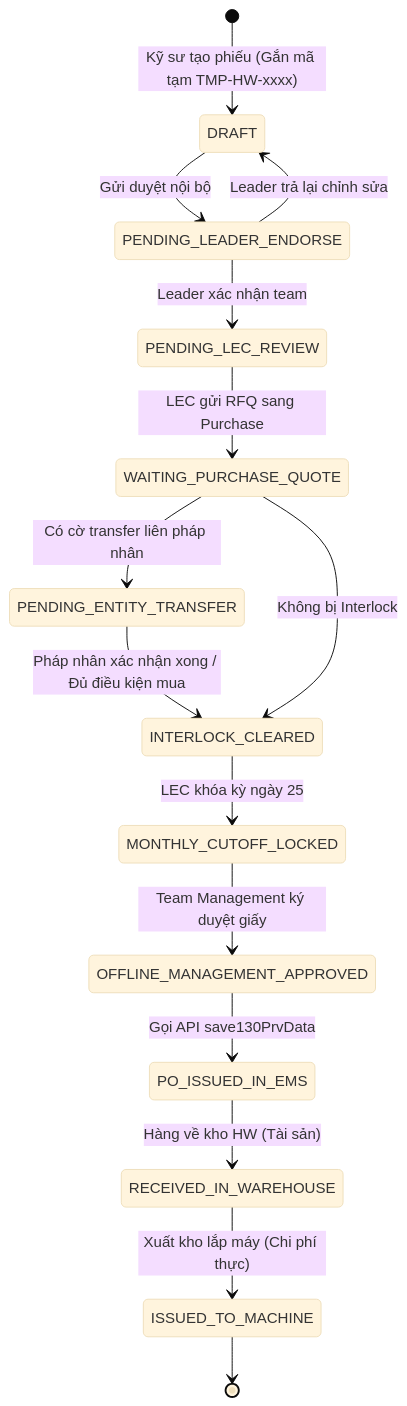
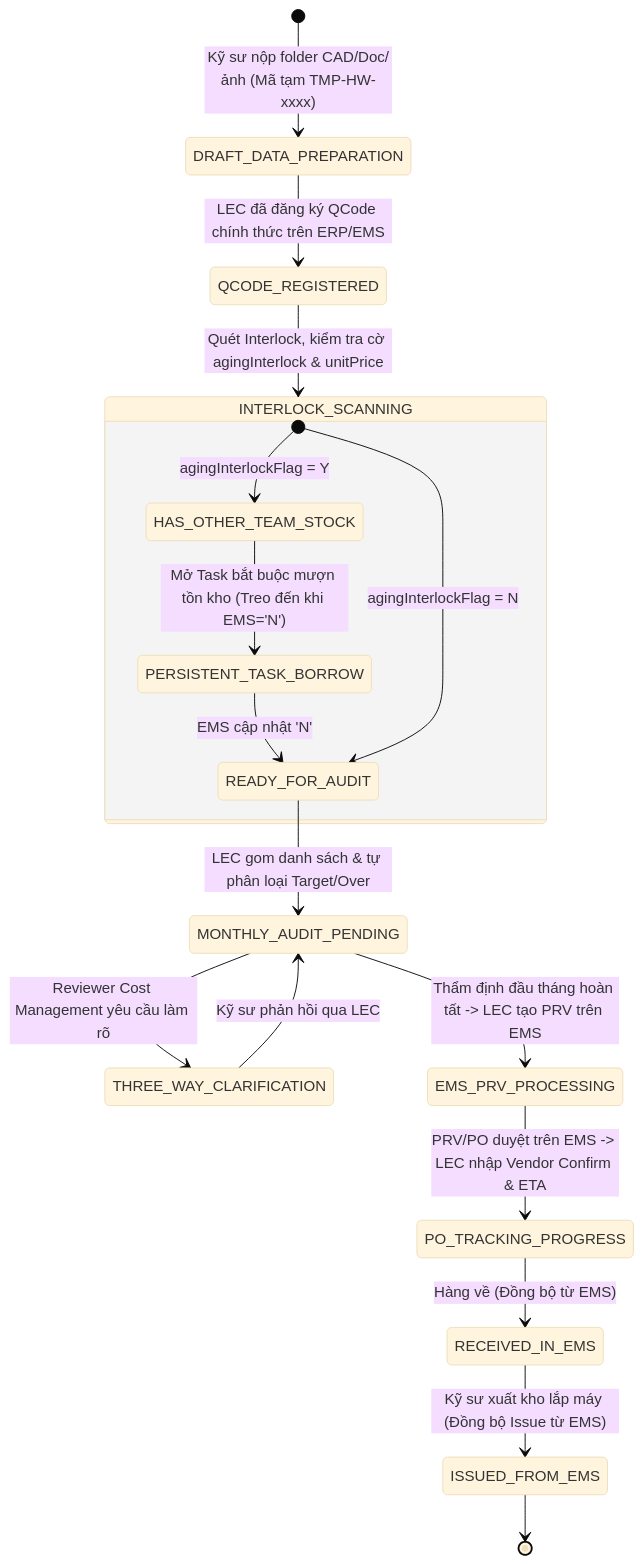
The second of 2 diagrams in procurement-system/06-process-workflows-and-diagrams/01-end-to-end-procurement-workflow.md (longphamduc-vn/ops-workflow), drawn with Mermaid (base theme) before and after one commit. The commit also changed other lines of this file and 37 other files, not shown here.

````diff
--- a/procurement-system/06-process-workflows-and-diagrams/01-end-to-end-procurement-workflow.md
+++ b/procurement-system/06-process-workflows-and-diagrams/01-end-to-end-procurement-workflow.md
@@ -66,19 +80,24 @@
 ```mermaid
 stateDiagram-v2
-    [*] --> DRAFT: Kỹ sư tạo phiếu (Gắn mã tạm TMP-HW-xxxx)
-    DRAFT --> PENDING_LEADER_ENDORSE: Gửi duyệt nội bộ
-    PENDING_LEADER_ENDORSE --> PENDING_LEC_REVIEW: Leader xác nhận team
-    PENDING_LEADER_ENDORSE --> DRAFT: Leader trả lại chỉnh sửa
+    [*] --> DRAFT_DATA_PREPARATION: Kỹ sư nộp folder CAD/Doc/ảnh (Mã tạm TMP-HW-xxxx)
+    DRAFT_DATA_PREPARATION --> QCODE_REGISTERED: LEC đã đăng ký QCode chính thức trên ERP/EMS
     
-    PENDING_LEC_REVIEW --> WAITING_PURCHASE_QUOTE: LEC gửi RFQ sang Purchase
-    WAITING_PURCHASE_QUOTE --> PENDING_ENTITY_TRANSFER: Có cờ transfer liên pháp nhân
-    PENDING_ENTITY_TRANSFER --> INTERLOCK_CLEARED: Pháp nhân xác nhận xong / Đủ điều kiện mua
-    WAITING_PURCHASE_QUOTE --> INTERLOCK_CLEARED: Không bị Interlock
+    QCODE_REGISTERED --> INTERLOCK_SCANNING: Quét Interlock, kiểm tra cờ agingInterlock & unitPrice
     
-    INTERLOCK_CLEARED --> MONTHLY_CUTOFF_LOCKED: LEC khóa kỳ ngày 25
-    MONTHLY_CUTOFF_LOCKED --> OFFLINE_MANAGEMENT_APPROVED: Team Management ký duyệt giấy
-    OFFLINE_MANAGEMENT_APPROVED --> PO_ISSUED_IN_EMS: Gọi API save130PrvData
-    PO_ISSUED_IN_EMS --> RECEIVED_IN_WAREHOUSE: Hàng về kho HW (Tài sản)
-    RECEIVED_IN_WAREHOUSE --> ISSUED_TO_MACHINE: Xuất kho lắp máy (Chi phí thực)
-    ISSUED_TO_MACHINE --> [*]
+    state INTERLOCK_SCANNING {
+        [*] --> HAS_OTHER_TEAM_STOCK: agingInterlockFlag = Y
+        HAS_OTHER_TEAM_STOCK --> PERSISTENT_TASK_BORROW: Mở Task bắt buộc mượn tồn kho (Treo đến khi EMS='N')
+        PERSISTENT_TASK_BORROW --> READY_FOR_AUDIT: EMS cập nhật 'N'
+        [*] --> READY_FOR_AUDIT: agingInterlockFlag = N
+    }
+    
+    READY_FOR_AUDIT --> MONTHLY_AUDIT_PENDING: LEC gom danh sách & tự phân loại Target/Over
+    MONTHLY_AUDIT_PENDING --> THREE_WAY_CLARIFICATION: Reviewer Cost Management yêu cầu làm rõ
+    THREE_WAY_CLARIFICATION --> MONTHLY_AUDIT_PENDING: Kỹ sư phản hồi qua LEC
+    
+    MONTHLY_AUDIT_PENDING --> EMS_PRV_PROCESSING: Thẩm định đầu tháng hoàn tất -> LEC tạo PRV trên EMS
+    EMS_PRV_PROCESSING --> PO_TRACKING_PROGRESS: PRV/PO duyệt trên EMS -> LEC nhập Vendor Confirm & ETA
+    PO_TRACKING_PROGRESS --> RECEIVED_IN_EMS: Hàng về (Đồng bộ từ EMS)
+    RECEIVED_IN_EMS --> ISSUED_FROM_EMS: Kỹ sư xuất kho lắp máy (Đồng bộ Issue từ EMS)
+    ISSUED_FROM_EMS --> [*]
 ```
````
